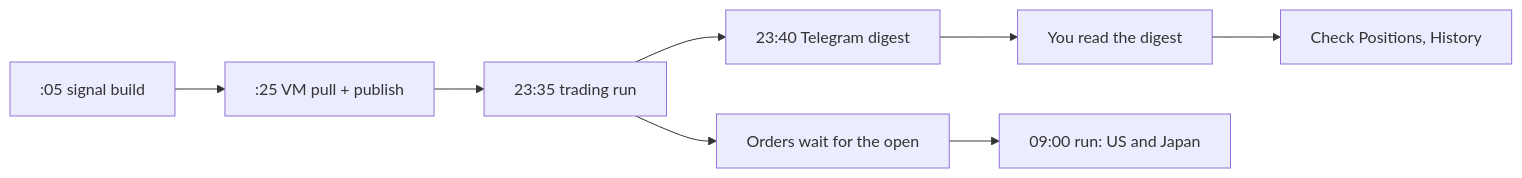
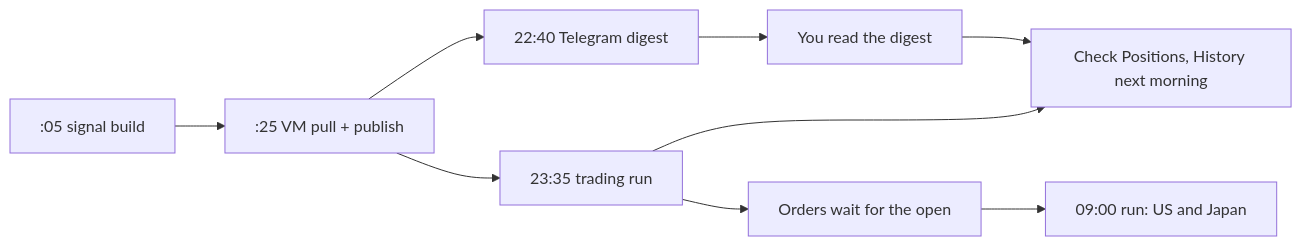
Before and after one commit to btctree/multi-product-signals: diagram 17 of 20 in WIKI.md, drawn with Mermaid. The commit also changed other lines of this file and 5 other files, not shown here.

````diff
--- a/WIKI.md
+++ b/WIKI.md
@@ -2706,10 +3034,11 @@
 ```mermaid
 flowchart LR
   A[":05 signal build"] --> B[":25 VM pull + publish"]
+  B --> D["22:40 Telegram digest"]
   B --> C["23:35 trading run"]
-  C --> D["23:40 Telegram digest"]
   D --> E["You read the digest"]
-  E --> F["Check Positions, History"]
+  C --> F["Check Positions, History next morning"]
+  E --> F
   C --> G["Orders wait for the open"]
   G --> H["09:00 run: US and Japan"]
 ```
````
